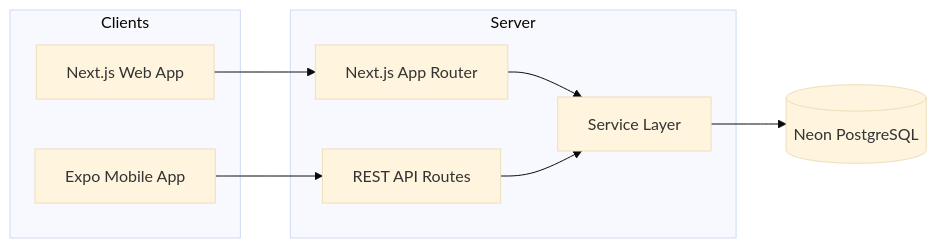
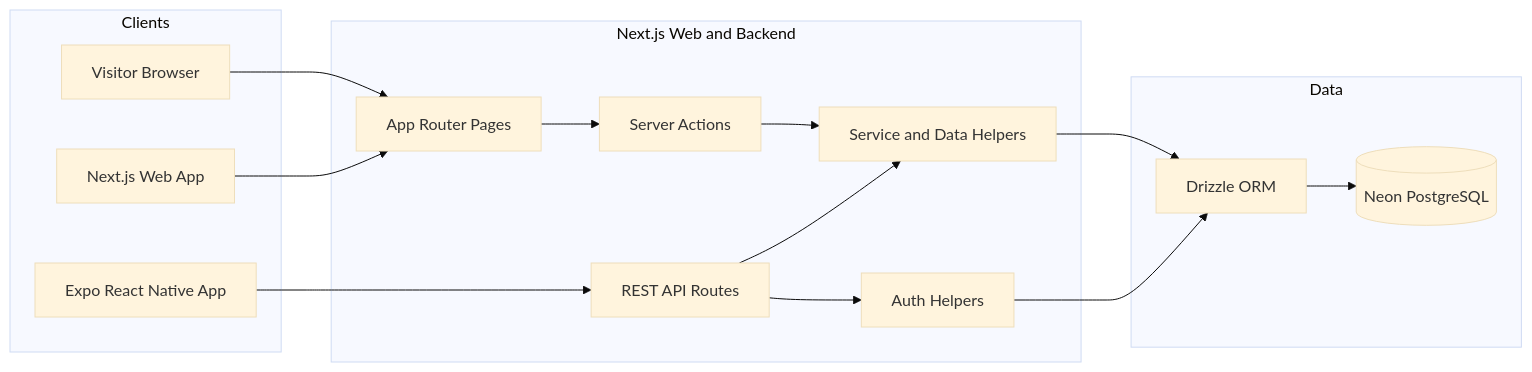
The first of 4 diagrams in docs/architecture.md (PavlinPanev/badminton-planner), drawn with Mermaid (base theme) before and after one commit. The commit also changed other lines of this file and 4 other files, not shown here.

````diff
--- a/docs/architecture.md
+++ b/docs/architecture.md
@@ -61,21 +11,32 @@
 ```mermaid
 flowchart LR
   subgraph Clients
+    Visitor[Visitor Browser]
     Web[Next.js Web App]
-    Mobile[Expo Mobile App]
+    Mobile[Expo React Native App]
   end
 
-  subgraph Server
-    App[Next.js App Router]
-    API[REST API Routes]
-    Services[Service Layer]
+  subgraph NextRuntime[Next.js Web and Backend]
+    AppRouter[App Router Pages]
+    ServerActions[Server Actions]
+    RestApi[REST API Routes]
+    Auth[Auth Helpers]
+    Services[Service and Data Helpers]
   end
 
-  DB[(Neon PostgreSQL)]
+  subgraph Data
+    Drizzle[Drizzle ORM]
+    Neon[(Neon PostgreSQL)]
+  end
 
-  Web --> App
-  Mobile --> API
-  App --> Services
-  API --> Services
-  Services --> DB
+  Visitor --> AppRouter
+  Web --> AppRouter
+  AppRouter --> ServerActions
+  Mobile --> RestApi
+  ServerActions --> Services
+  RestApi --> Auth
+  RestApi --> Services
+  Auth --> Drizzle
+  Services --> Drizzle
+  Drizzle --> Neon
 ```
````
